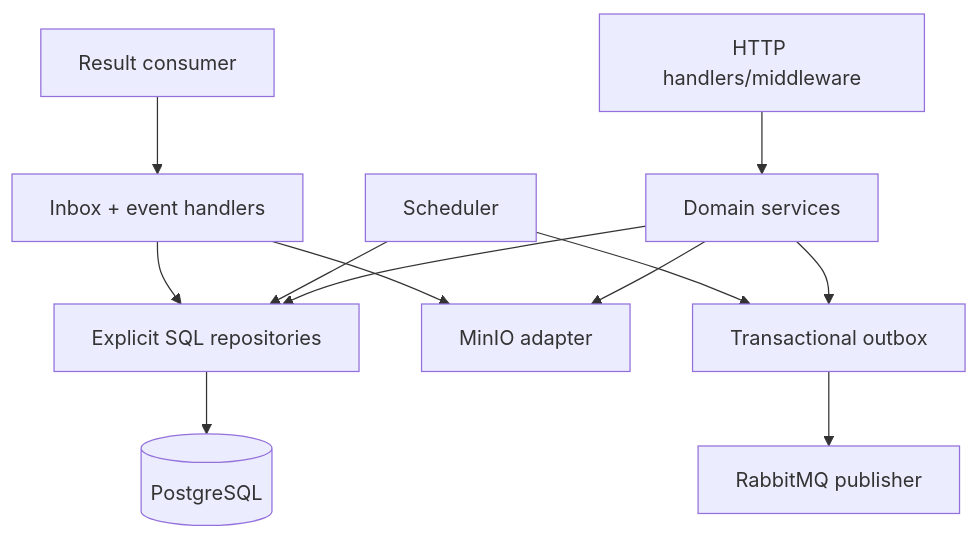
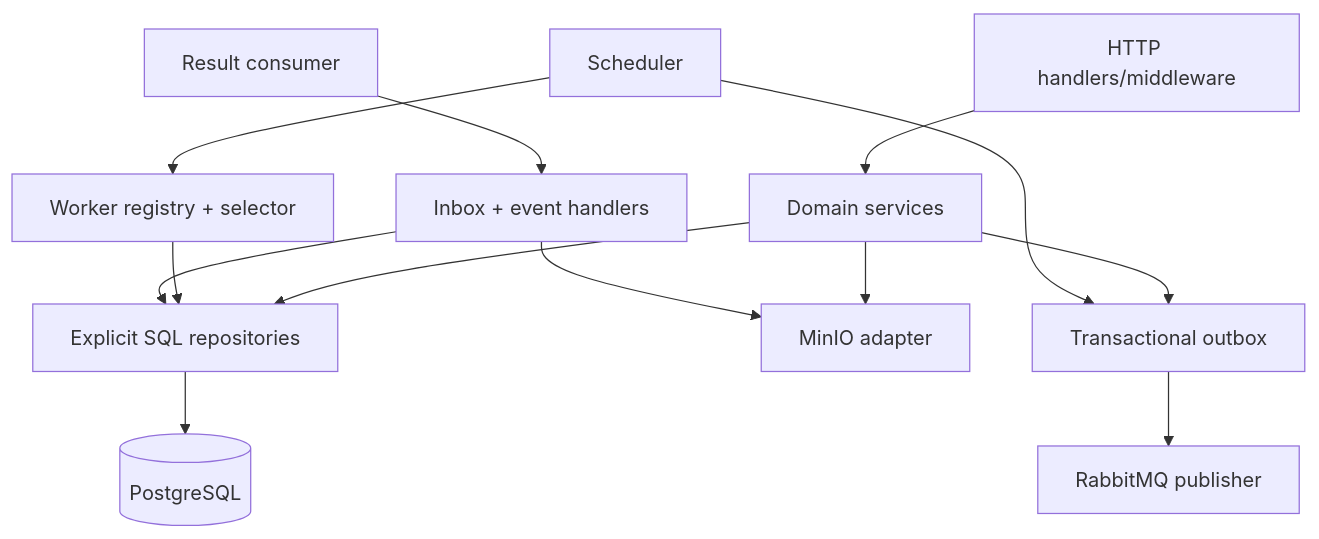
The diagram in docs/architecture/control-plane.md (JasonTM17/PipeForge), drawn with Mermaid before and after one commit. The commit also changed other lines of this file and 16 other files, not shown here.

````diff
--- a/docs/architecture/control-plane.md
+++ b/docs/architecture/control-plane.md
@@ -7,14 +7,15 @@
 ```mermaid
 flowchart TB
     HTTP["HTTP handlers/middleware"] --> Services["Domain services"]
     Services --> Repos["Explicit SQL repositories"]
     Repos --> PG[("PostgreSQL")]
     Services --> Storage["MinIO adapter"]
     Services --> Outbox["Transactional outbox"]
     Outbox --> Broker["RabbitMQ publisher"]
-    Scheduler["Scheduler"] --> Repos
+    Scheduler["Scheduler"] --> Registry["Worker registry + selector"]
+    Registry --> Repos
     Scheduler --> Outbox
     Consumer["Result consumer"] --> Inbox["Inbox + event handlers"]
     Inbox --> Repos
     Inbox --> Storage
 ```
````
